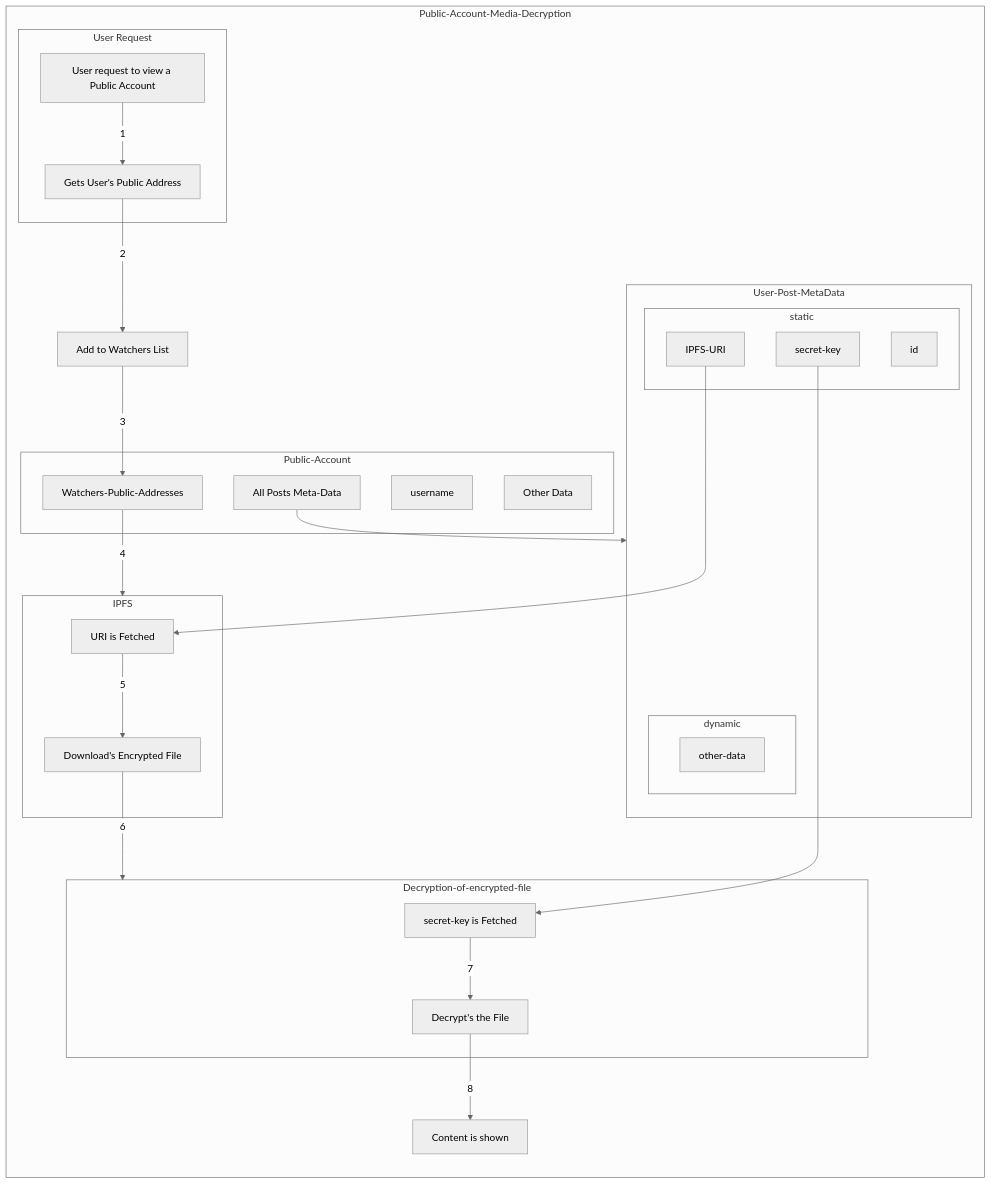
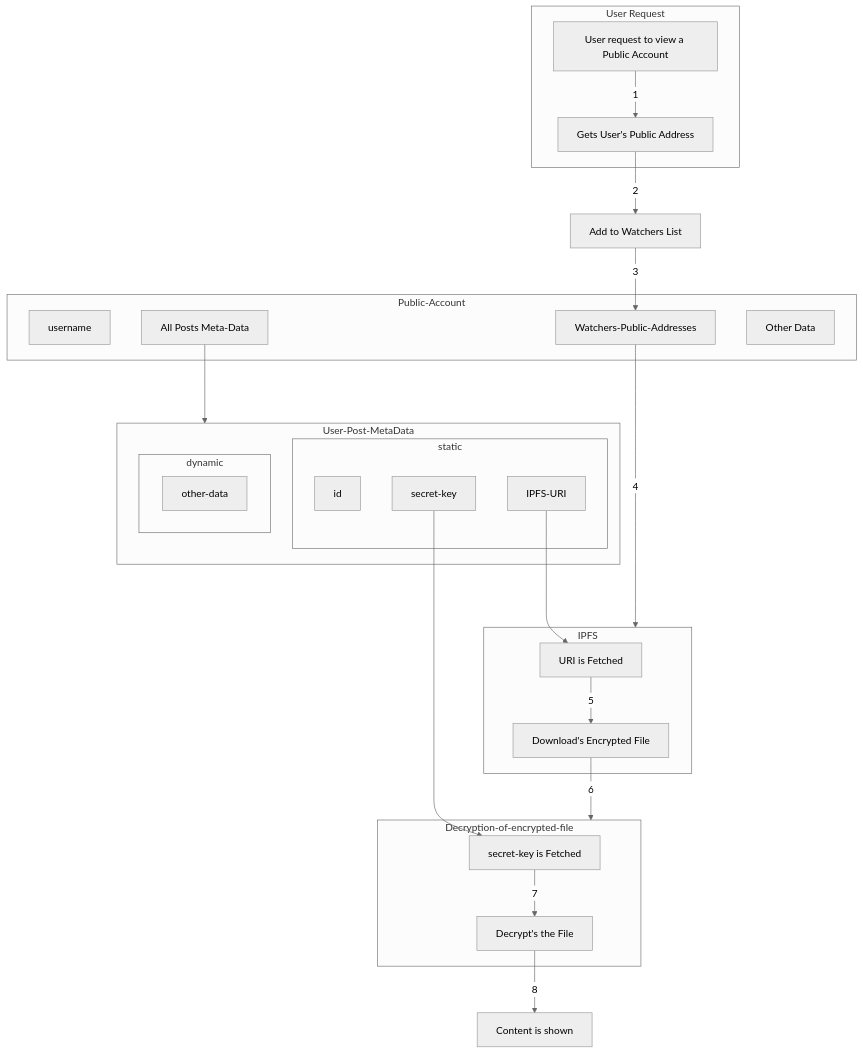
One commit to viralfoundation/Technical-Whitepaper-LaTeX changed the fifth of 7 diagrams in README.md. Above: the diagram before and after it, drawn with Mermaid (neutral theme).

Commit message:
Flow Chart Changed

````diff
--- a/README.md
+++ b/README.md
@@ -508,44 +508,44 @@
 ```mermaid
-flowchart LR
-subgraph Public-Account-Media-Decryption
+flowchart TB
+
   A0[User request to view a Public Account]
   subgraph User Request
   A0--1-->A1
   A1[Gets User's Public Address]
   end
   subgraph Public-Account
   B1[username]
   B2[Watchers-Public-Addresses]
   B3[All Posts Meta-Data]
   B4[Other Data]
   end
   A1--2-->K1[Add to Watchers List]--3-->B2
     subgraph IPFS
   C1[URI is Fetched]
   C2[Download's Encrypted File]
   C1--5-->C2
   end
   subgraph Decryption-of-encrypted-file
   D1[secret-key is Fetched]
   D2[Decrypt's the File]
   D1--7-->D2
   end 
   subgraph User-Post-MetaData
   subgraph static
   id
   IPFS-URI
   secret-key
   end
   subgraph dynamic
   other-data
   end
   end
   IPFS-URI--->C1
   secret-key--->D1
   B3--->User-Post-MetaData
   B2--4-->IPFS
   C2--6-->Decryption-of-encrypted-file
   Z[Content is shown]
   D2--8-->Z
-end
+
 ```
````
